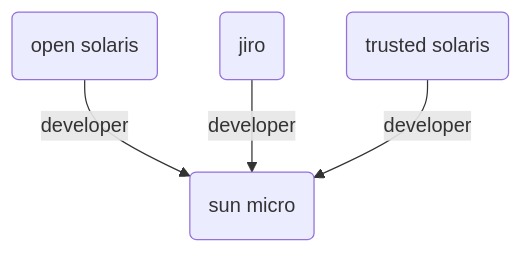
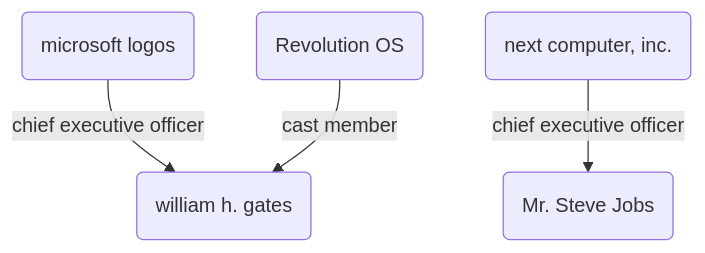
The diagram in Demo_SimGRAG/subgraph_preview.md (matapv01/General-Knowledge-Fact-Verification-with-Knowledge-Graphs), drawn with Mermaid before and after one commit. The commit also changed other lines of this file and 11 other files, not shown here.

````diff
--- a/Demo_SimGRAG/subgraph_preview.md
+++ b/Demo_SimGRAG/subgraph_preview.md
@@ -18,6 +18,6 @@
 ```mermaid
 graph TD
-    N9de6d3fa("open solaris") -- "developer" --> N36b36eab("sun micro")
-    Ne97383b1("jiro") -- "developer" --> N36b36eab("sun micro")
-    N6dc727f9("trusted solaris") -- "developer" --> N36b36eab("sun micro")
+    Nf0125cee("microsoft logos") -- "chief executive officer" --> Nc2a0851e("william h. gates")
+    Necd62398("next computer, inc.") -- "chief executive officer" --> N7d30d359("Mr. Steve Jobs")
+    N7319f783("Revolution OS") -- "cast member" --> Nc2a0851e("william h. gates")
 ```
````
